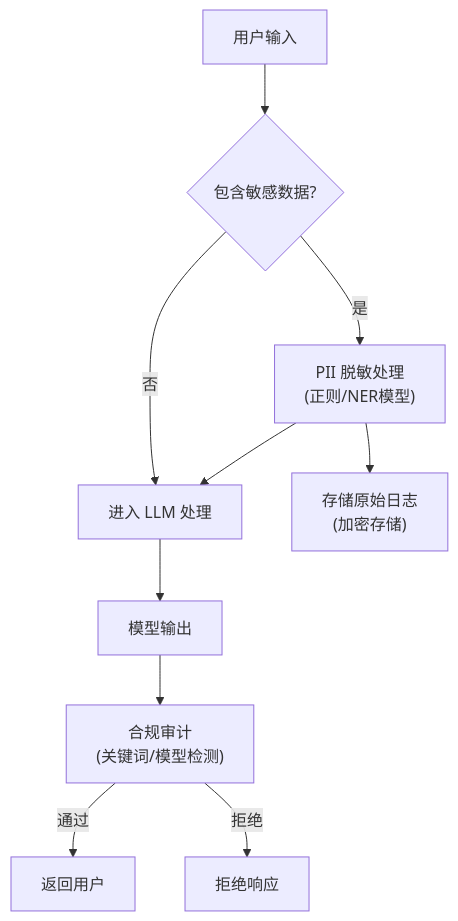
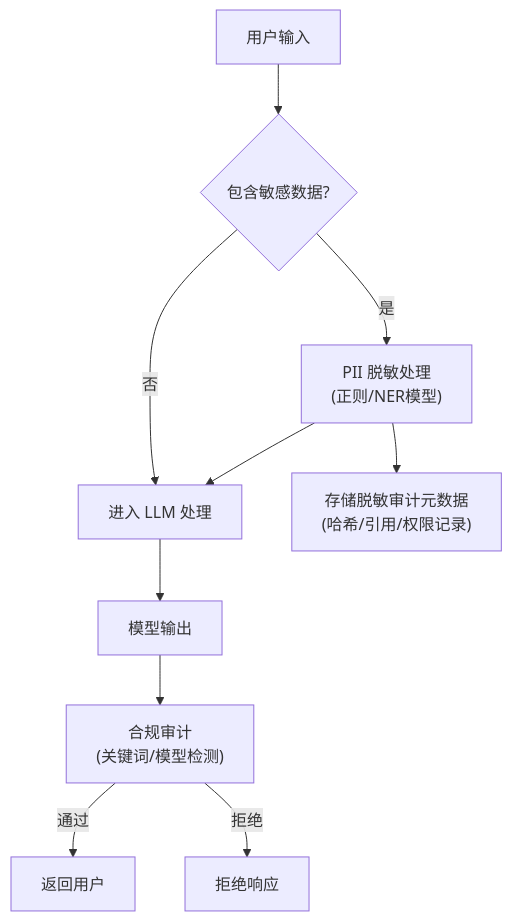
The second of 2 diagrams in 12_production/12.4_security.md (yeasy/context_engineering_guide), drawn with Mermaid before and after one commit. The commit also changed other lines of this file and 12 other files, not shown here.

````diff
--- a/12_production/12.4_security.md
+++ b/12_production/12.4_security.md
@@ -119,12 +119,12 @@
 ```mermaid
 graph TB
     Input["用户输入"] --> Detect{包含敏感数据?}
     Detect -->|是| PII_Mask["PII 脱敏处理<br>(正则/NER模型)"]
     Detect -->|否| Process
-    PII_Mask --> Store_Log["存储原始日志<br>(加密存储)"]
+    PII_Mask --> Store_Log["存储脱敏审计元数据<br>(哈希/引用/权限记录)"]
     PII_Mask --> Process["进入 LLM 处理"]
     Process --> Output["模型输出"]
     Output --> Audit["合规审计<br>(关键词/模型检测)"]
     Audit -->|通过| Response["返回用户"]
     Audit -->|拒绝| Block["拒绝响应"]
 ```
````
